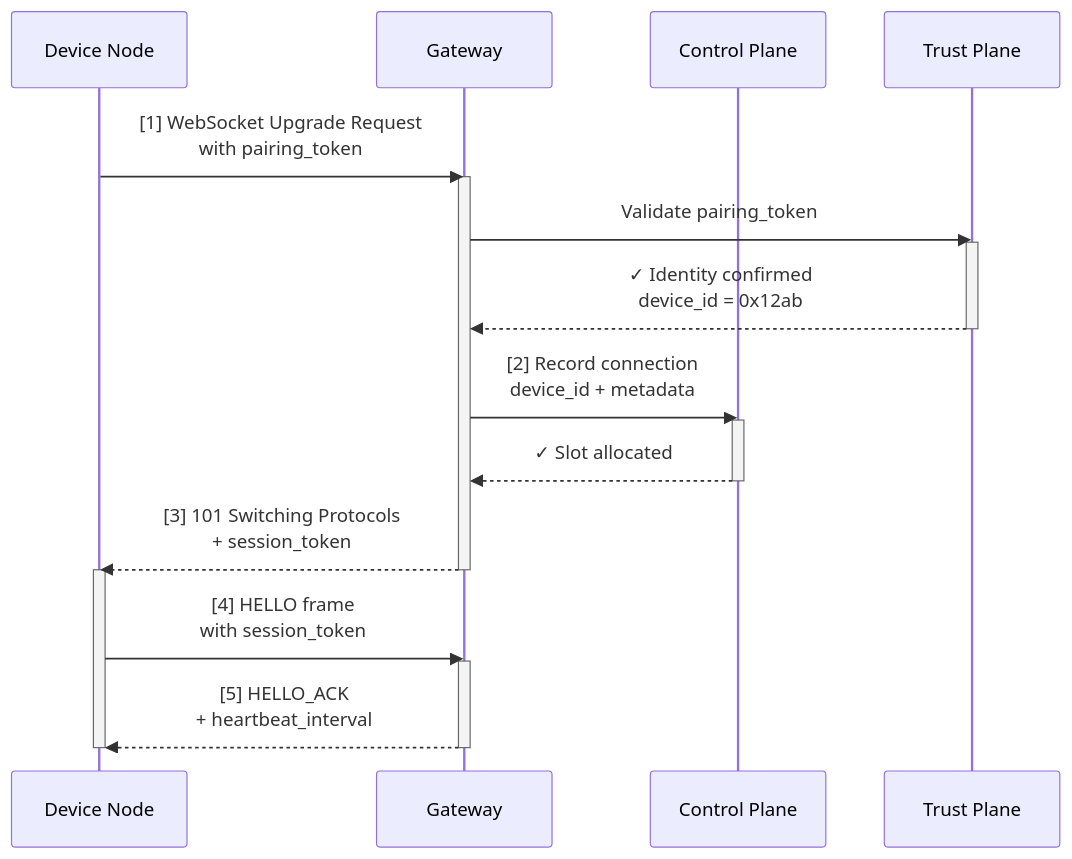
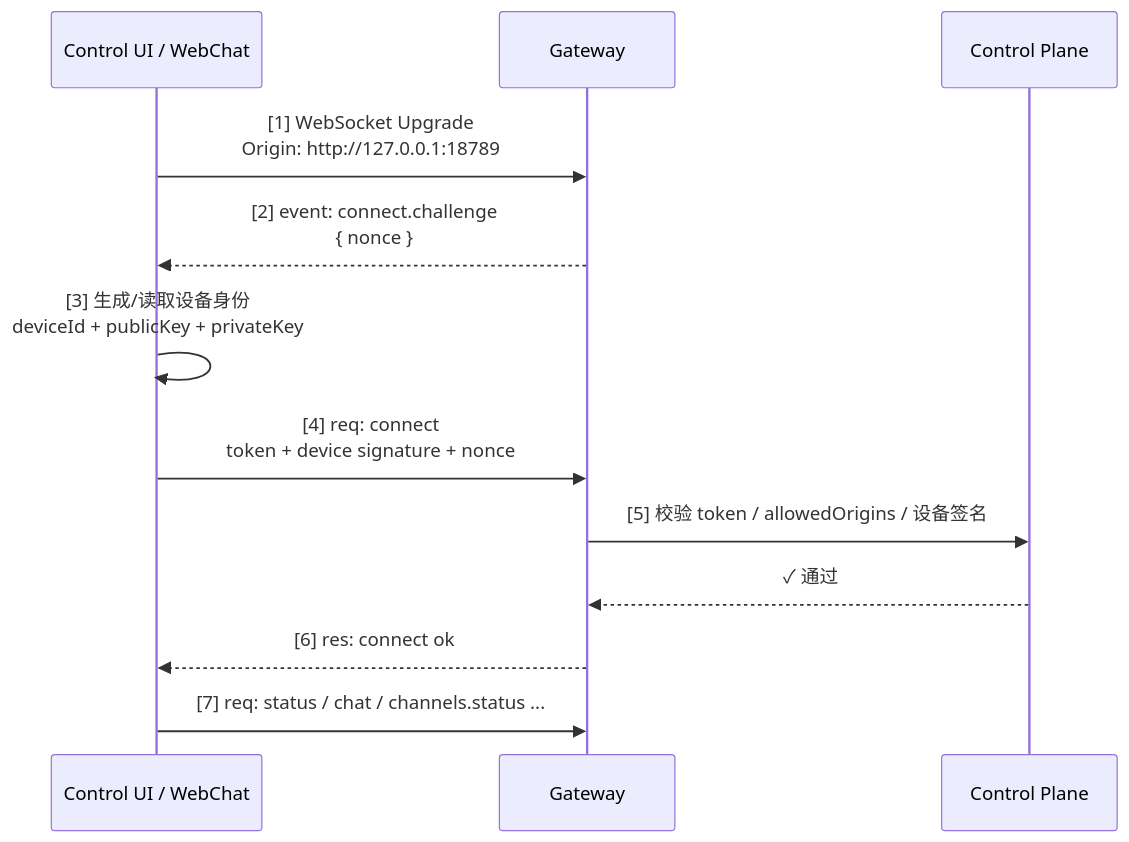
One commit to yeasy/openclaw_guide changed the diagram in 09_gateway_protocol/9.3_ws_handshake.md. Above: the diagram before and after it, drawn with Mermaid. The commit also changed other lines of this file and 25 other files, not shown here.

````diff
--- a/09_gateway_protocol/9.3_ws_handshake.md
+++ b/09_gateway_protocol/9.3_ws_handshake.md
@@ -17,29 +17,15 @@
 ```mermaid
 sequenceDiagram
-    participant Device as Device Node
+    participant UI as Control UI / WebChat
     participant Gateway as Gateway
-    participant ControlPlane as Control Plane
-    participant TrustPlane as Trust Plane
+    participant Control as Control Plane
 
-    Device->>Gateway: [1] WebSocket Upgrade Request<br/>with pairing_token
-    activate Gateway
-    Gateway->>TrustPlane: Validate pairing_token
-    activate TrustPlane
-    TrustPlane-->>Gateway: ✓ Identity confirmed<br/>device_id = 0x12ab
-    deactivate TrustPlane
-
-    Gateway->>ControlPlane: [2] Record connection<br/>device_id + metadata
-    activate ControlPlane
-    ControlPlane-->>Gateway: ✓ Slot allocated
-    deactivate ControlPlane
-
-    Gateway-->>Device: [3] 101 Switching Protocols<br/>+ session_token
-    deactivate Gateway
-
-    activate Device
-    Device->>Gateway: [4] HELLO frame<br/>with session_token
-    activate Gateway
-    Gateway-->>Device: [5] HELLO_ACK<br/>+ heartbeat_interval
-    deactivate Gateway
-    deactivate Device
+    UI->>Gateway: [1] WebSocket Upgrade<br/>Origin: http://127.0.0.1:18789
+    Gateway-->>UI: [2] event: connect.challenge<br/>{ nonce }
+    UI->>UI: [3] 生成/读取设备身份<br/>deviceId + publicKey + privateKey
+    UI->>Gateway: [4] req: connect<br/>token + device signature + nonce
+    Gateway->>Control: [5] 校验 token / allowedOrigins / 设备签名
+    Control-->>Gateway: ✓ 通过
+    Gateway-->>UI: [6] res: connect ok
+    UI->>Gateway: [7] req: status / chat / channels.status ...
 ```
````
